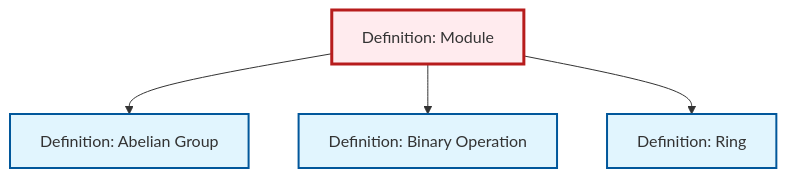
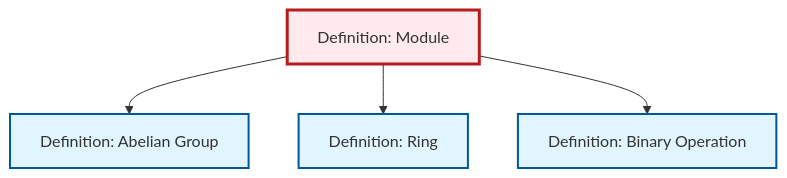
One commit to RK0429/ModernMath changed the diagram in content/en/algebra/def-module.qmd. Above: the diagram before and after it, drawn with Mermaid. The commit also changed other lines of this file and 1012 other files, not shown here.

````diff
--- a/content/en/algebra/def-module.qmd
+++ b/content/en/algebra/def-module.qmd
@@ -55,20 +55,20 @@
 ```{mermaid}
 %%| fig-cap: "Local dependency graph"
 graph TD
     classDef definition fill:#e1f5fe,stroke:#01579b,stroke-width:2px
     classDef theorem fill:#f3e5f5,stroke:#4a148c,stroke-width:2px
     classDef axiom fill:#fff3e0,stroke:#e65100,stroke-width:2px
     classDef example fill:#e8f5e9,stroke:#1b5e20,stroke-width:2px
     classDef current fill:#ffebee,stroke:#b71c1c,stroke-width:3px
+    def-abelian-group["Definition: Abelian Group"]:::definition
+    def-binary-operation["Definition: Binary Operation"]:::definition
     def-module["Definition: Module"]:::definition
     def-ring["Definition: Ring"]:::definition
-    def-binary-operation["Definition: Binary Operation"]:::definition
-    def-abelian-group["Definition: Abelian Group"]:::definition
     def-module --> def-abelian-group
+    def-module --> def-ring
     def-module --> def-binary-operation
-    def-module --> def-ring
     class def-module current
+    click def-abelian-group "def-abelian-group.html" "Go to Abelian Group definition"
+    click def-binary-operation "def-binary-operation.html" "Go to Binary Operation definition"
     click def-ring "def-ring.html" "Go to Ring definition"
-    click def-binary-operation "def-binary-operation.html" "Go to Binary Operation definition"
-    click def-abelian-group "def-abelian-group.html" "Go to Abelian Group definition"
 ```
````
